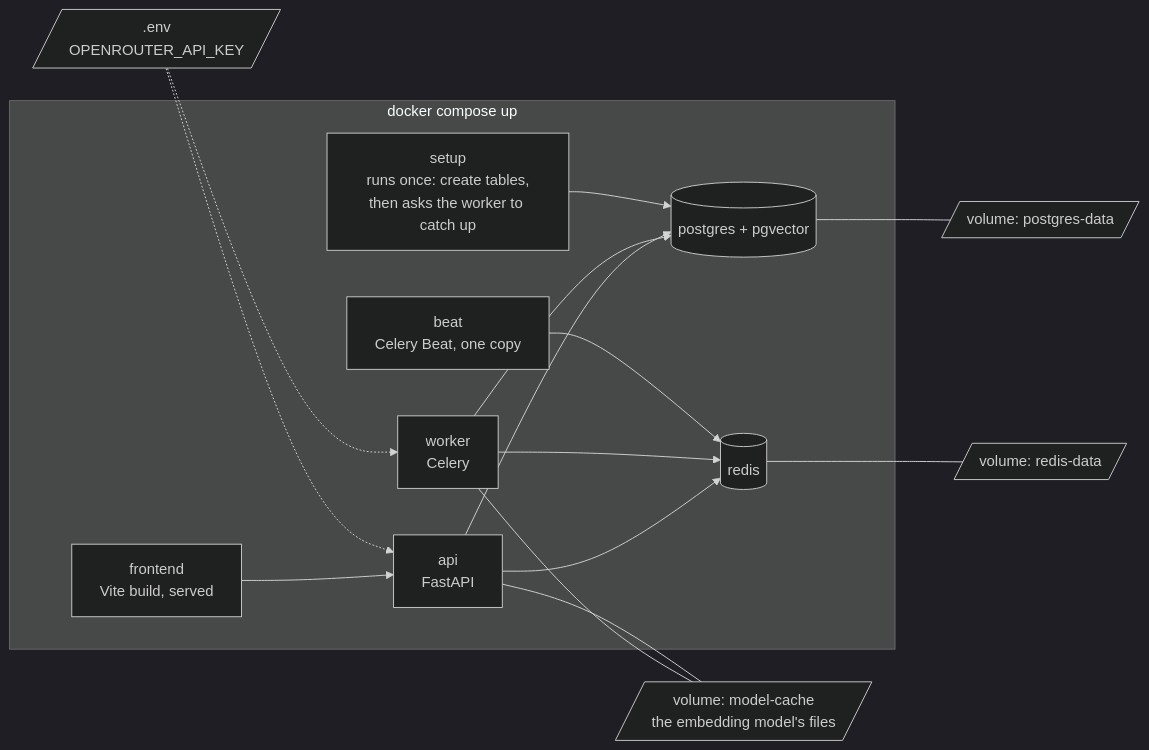
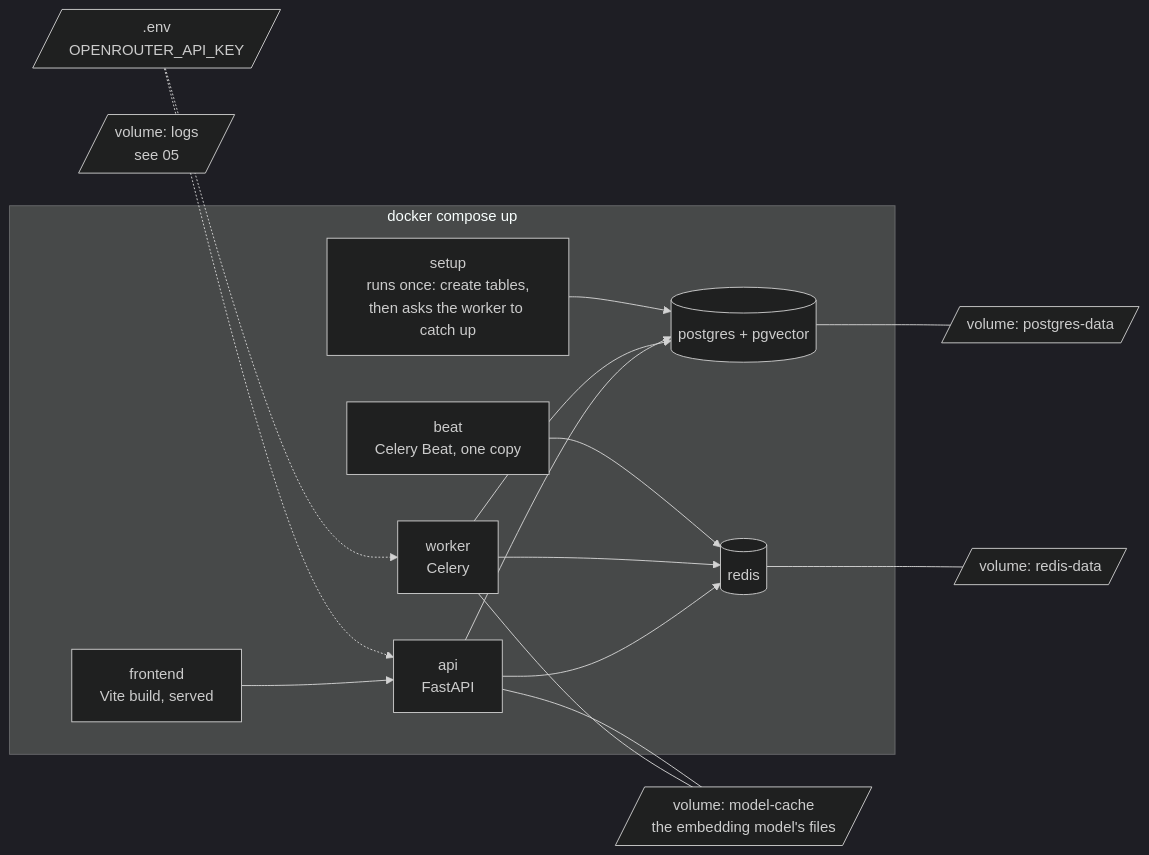
Before and after one commit to brianaderer/transcendent: the diagram in docs/atlas/04-environment.md, drawn with Mermaid (dark theme). The commit also changed 3 other files, not shown here.

````diff
--- a/docs/atlas/04-environment.md
+++ b/docs/atlas/04-environment.md
@@ -10,30 +10,31 @@
 ```mermaid
 flowchart LR
     subgraph COMPOSE["docker compose up"]
         FE["frontend<br/>Vite build, served"]
         API["api<br/>FastAPI"]
         WORK["worker<br/>Celery"]
         BEAT["beat<br/>Celery Beat, one copy"]
         SETUP["setup<br/>runs once: create tables,<br/>then asks the worker to catch up"]
         PG[("postgres + pgvector")]
         RD[("redis")]
     end
     VPG[/"volume: postgres-data"/]
     VRD[/"volume: redis-data"/]
     VMOD[/"volume: model-cache<br/>the embedding model's files"/]
+    VLOG[/"volume: logs<br/>see 05"/]
     ENV[/".env<br/>OPENROUTER_API_KEY"/]
 
     FE --> API
     API --> PG
     API --> RD
     WORK --> PG
     WORK --> RD
     BEAT --> RD
     SETUP --> PG
     PG --- VPG
     RD --- VRD
     WORK --- VMOD
     API --- VMOD
     ENV -.-> API
     ENV -.-> WORK
 ```
````
